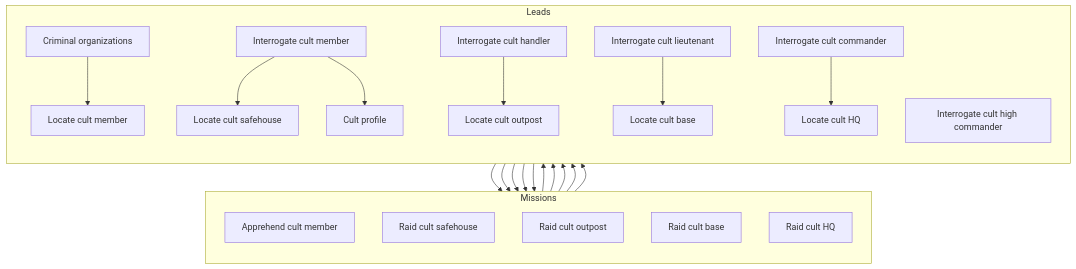
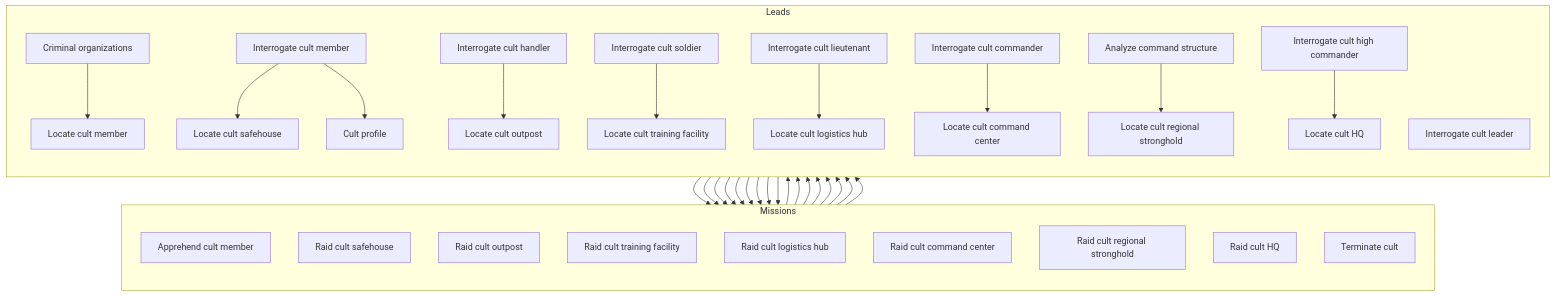
The diagram in docs/design/reference_collections.md (konrad-jamrozik/game-ts), drawn with Mermaid before and after one commit. The commit also changed other lines of this file, not shown here.

Commit message:
doc: update progression

````diff
--- a/docs/design/reference_collections.md
+++ b/docs/design/reference_collections.md
@@ -132,46 +138,66 @@
 ```mermaid
 graph TD;
     %% Left column = Leads, Right column = Missions
 
     subgraph Missions
         direction TB
         AppreMembr[Apprehend cult member]
         RaidSafhse[Raid cult safehouse]
         RaidOutpst[Raid cult outpost]
-        RaidBaseop[Raid cult base]
+        RaidTrainFac[Raid cult training facility]
+        RaidLogHub[Raid cult logistics hub]
+        RaidCmdCtr[Raid cult command center]
+        RaidRegStr[Raid cult regional stronghold]
         RaidHeadqr[Raid cult HQ]
+        TermCult[Terminate cult]
     end
     
     subgraph Leads
         direction TB
         CrimOrganz[Criminal organizations]
         LocatMembr[Locate cult member]
         IntrgMembr[Interrogate cult member]
         LocatSafhse[Locate cult safehouse]
         IntrgHndlr[Interrogate cult handler]
         LocatOutpst[Locate cult outpost]
+        IntrgSoldr[Interrogate cult soldier]
+        LocatTrainFac[Locate cult training facility]
         IntrgLietn[Interrogate cult lieutenant]
-        LocatBaseop[Locate cult base]
+        LocatLogHub[Locate cult logistics hub]
         IntrgCmndr[Interrogate cult commander]
+        LocatCmdCtr[Locate cult command center]
+        AnalyzCmdStr[Analyze command structure]
+        LocatRegStr[Locate cult regional stronghold]
+        IntrgHiCmd[Interrogate cult high commander]
         LocatHeadqr[Locate cult HQ]
-        IntrgHiCmd[Interrogate cult high commander]
+        IntrgCultLdr[Interrogate cult leader]
         CultProfil[Cult profile]
     end
 
     CrimOrganz --> LocatMembr
     LocatMembr --> AppreMembr
     AppreMembr --> IntrgMembr
     IntrgMembr --> LocatSafhse
     IntrgMembr --> CultProfil
     LocatSafhse --> RaidSafhse
     RaidSafhse --> IntrgHndlr
     IntrgHndlr --> LocatOutpst
     LocatOutpst --> RaidOutpst
-    RaidOutpst --> IntrgLietn
-    IntrgLietn --> LocatBaseop
-    LocatBaseop --> RaidBaseop
-    RaidBaseop --> IntrgCmndr
-    IntrgCmndr --> LocatHeadqr
+    RaidOutpst --> IntrgSoldr
+    IntrgSoldr --> LocatTrainFac
+    LocatTrainFac --> RaidTrainFac
+    RaidTrainFac --> IntrgLietn
+    IntrgLietn --> LocatLogHub
+    LocatLogHub --> RaidLogHub
+    RaidLogHub --> IntrgCmndr
+    IntrgCmndr --> LocatCmdCtr
+    LocatCmdCtr --> RaidCmdCtr
+    RaidCmdCtr --> AnalyzCmdStr
+    AnalyzCmdStr --> LocatRegStr
+    LocatRegStr --> RaidRegStr
+    RaidRegStr --> IntrgHiCmd
+    IntrgHiCmd --> LocatHeadqr
     LocatHeadqr --> RaidHeadqr
-    RaidHeadqr --> IntrgHiCmd
+    RaidHeadqr --> IntrgCultLdr
+    IntrgCultLdr --> TermCult
 ```
````
